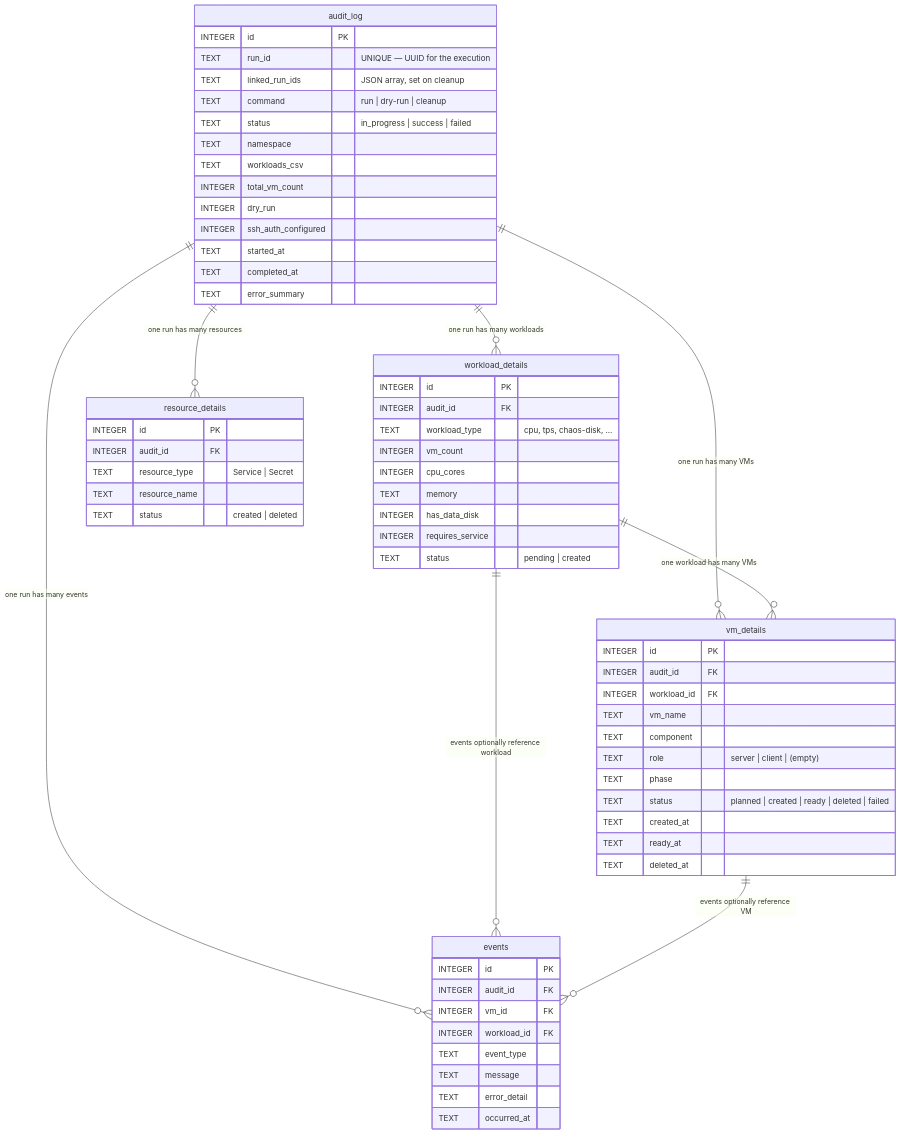
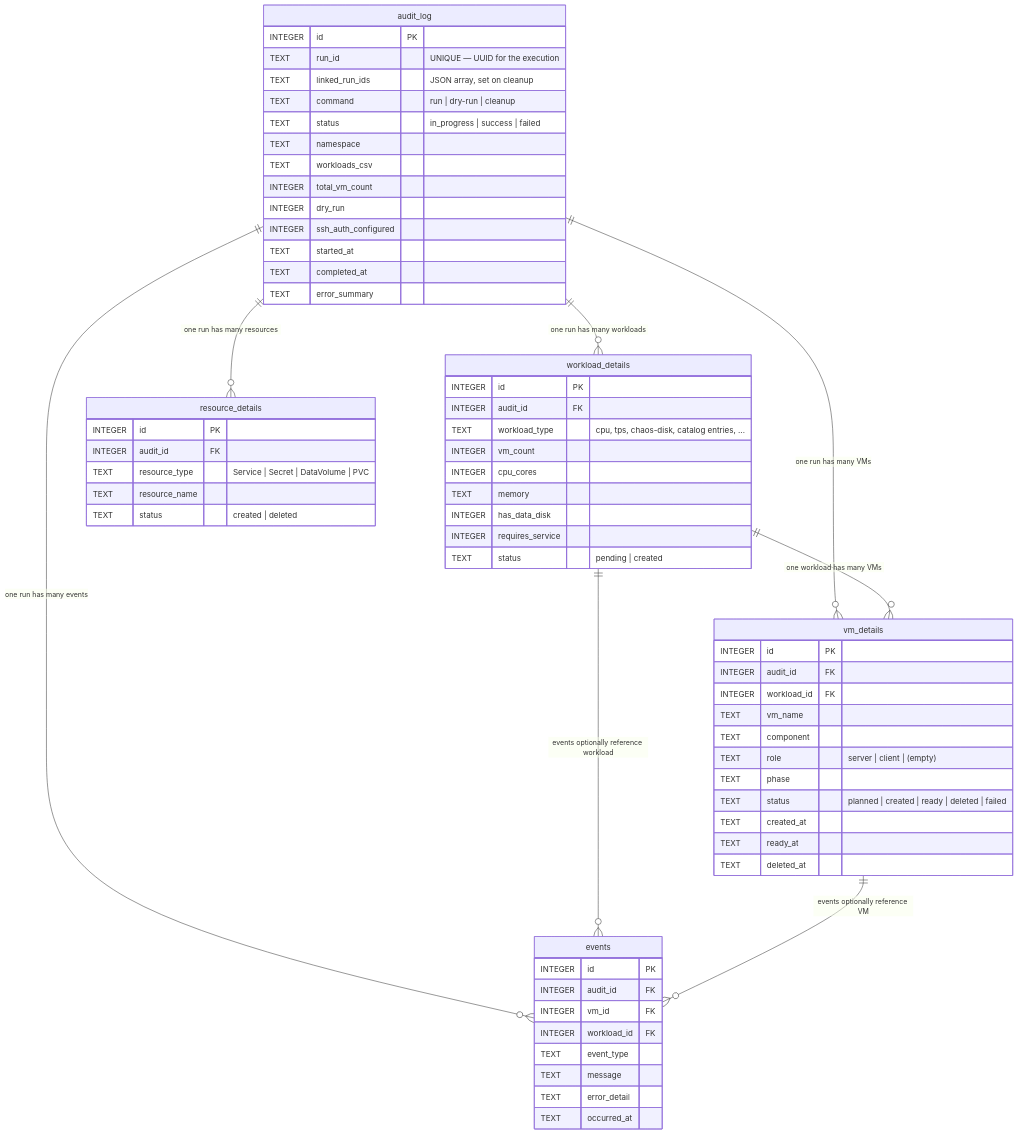
One commit to opdev/virtwork changed the first of 2 diagrams in docs/audit-schema.md. Above: the diagram before and after it, drawn with Mermaid. The commit also changed other lines of this file and 18 other files, not shown here.

````diff
--- a/docs/audit-schema.md
+++ b/docs/audit-schema.md
@@ -16,71 +16,71 @@
 ```mermaid
 erDiagram
     audit_log ||--o{ workload_details : "one run has many workloads"
     audit_log ||--o{ vm_details       : "one run has many VMs"
     audit_log ||--o{ resource_details : "one run has many resources"
     audit_log ||--o{ events           : "one run has many events"
     workload_details ||--o{ vm_details : "one workload has many VMs"
     workload_details ||--o{ events     : "events optionally reference workload"
     vm_details       ||--o{ events     : "events optionally reference VM"
 
     audit_log {
         INTEGER id PK
         TEXT    run_id "UNIQUE — UUID for the execution"
         TEXT    linked_run_ids "JSON array, set on cleanup"
         TEXT    command "run | dry-run | cleanup"
         TEXT    status "in_progress | success | failed"
         TEXT    namespace
         TEXT    workloads_csv
         INTEGER total_vm_count
         INTEGER dry_run
         INTEGER ssh_auth_configured
         TEXT    started_at
         TEXT    completed_at
         TEXT    error_summary
     }
 
     workload_details {
         INTEGER id PK
         INTEGER audit_id FK
-        TEXT    workload_type "cpu, tps, chaos-disk, ..."
+        TEXT    workload_type "cpu, tps, chaos-disk, catalog entries, ..."
         INTEGER vm_count
         INTEGER cpu_cores
         TEXT    memory
         INTEGER has_data_disk
         INTEGER requires_service
         TEXT    status "pending | created"
     }
 
     vm_details {
         INTEGER id PK
         INTEGER audit_id FK
         INTEGER workload_id FK
         TEXT    vm_name
         TEXT    component
         TEXT    role "server | client | (empty)"
         TEXT    phase
         TEXT    status "planned | created | ready | deleted | failed"
         TEXT    created_at
         TEXT    ready_at
         TEXT    deleted_at
     }
 
     resource_details {
         INTEGER id PK
         INTEGER audit_id FK
-        TEXT    resource_type "Service | Secret"
+        TEXT    resource_type "Service | Secret | DataVolume | PVC"
         TEXT    resource_name
         TEXT    status "created | deleted"
     }
 
     events {
         INTEGER id PK
         INTEGER audit_id FK
         INTEGER vm_id FK
         INTEGER workload_id FK
         TEXT    event_type
         TEXT    message
         TEXT    error_detail
         TEXT    occurred_at
     }
 ```
````
